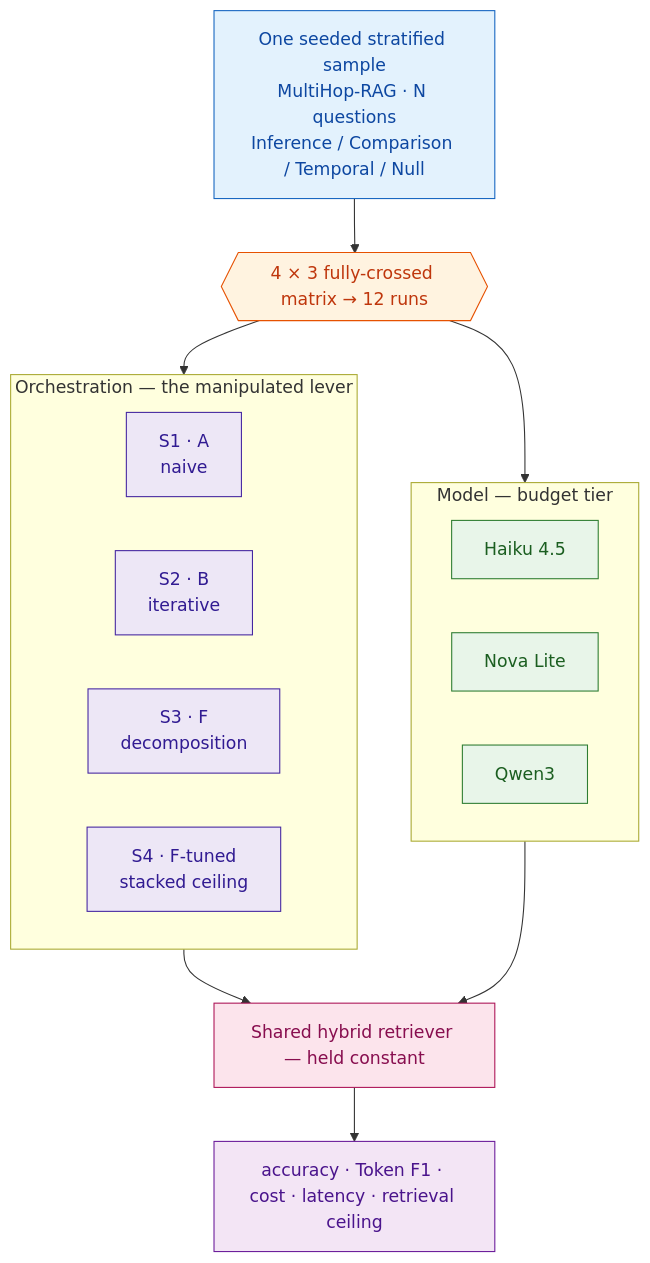
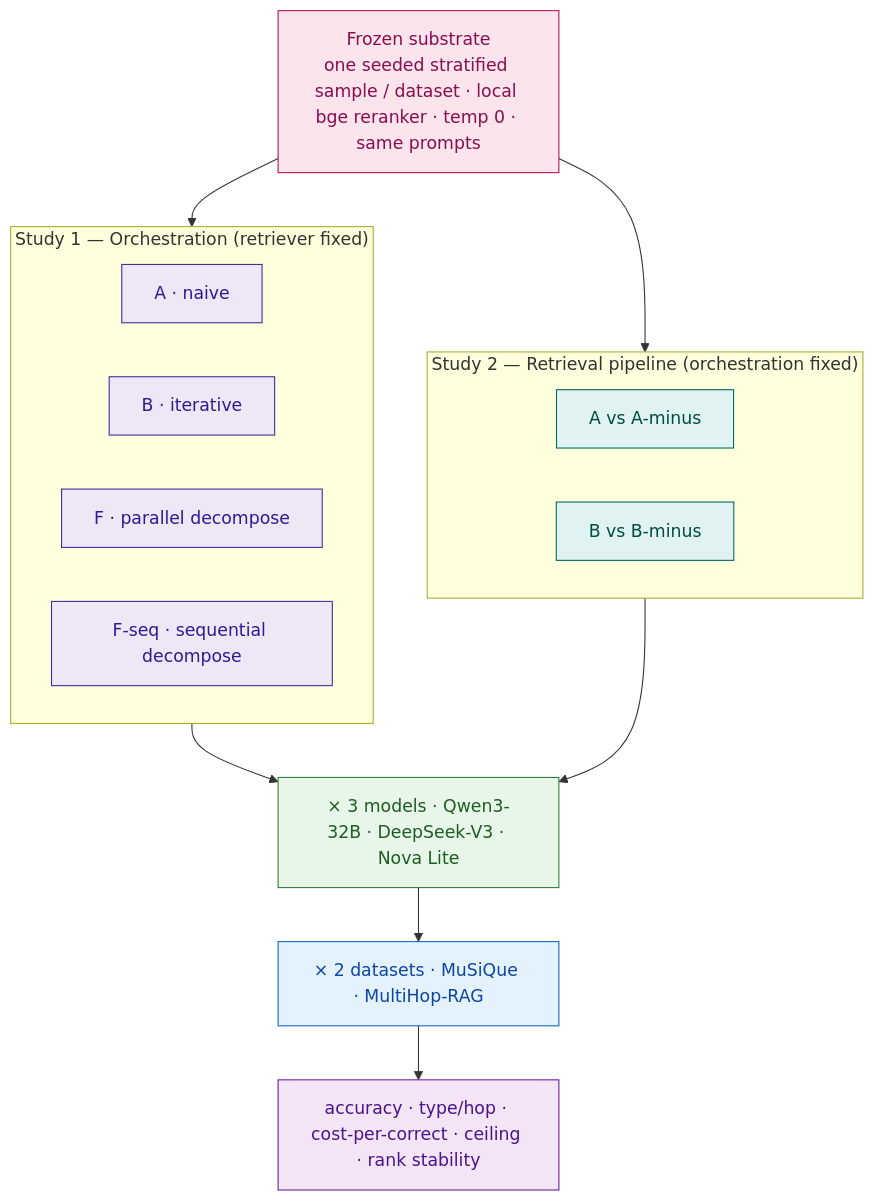
The first of 7 diagrams in thesis/chapter3_methodology.md (rudramansoomirtee-ctrl/rag-benchmark), drawn with Mermaid before and after one commit. The commit also changed other lines of this file, not shown here.

First line of the commit message:
Rewrite Chapter 3 to match the two-study design

````diff
--- a/thesis/chapter3_methodology.md
+++ b/thesis/chapter3_methodology.md
@@ -32,29 +38,28 @@
 ```mermaid
 flowchart TB
-    SAMPLE["One seeded stratified sample<br/>MultiHop-RAG · N questions<br/>Inference / Comparison / Temporal / Null"]:::data
-    SAMPLE --> MATRIX{{"4 × 3 fully-crossed matrix → 12 runs"}}:::hub
-    MATRIX --> ORCH
-    MATRIX --> MODELS
-    subgraph ORCH["Orchestration — the manipulated lever"]
-        direction LR
-        A["S1 · A<br/>naive"]:::sys
-        B["S2 · B<br/>iterative"]:::sys
-        F["S3 · F<br/>decomposition"]:::sys
-        FT["S4 · F-tuned<br/>stacked ceiling"]:::sys
+    SUB["Frozen substrate<br/>one seeded stratified sample / dataset · local bge reranker · temp 0 · same prompts"]:::fixed
+    SUB --> S1
+    SUB --> S2
+    subgraph S1["Study 1 — Orchestration (retriever fixed)"]
+      direction LR
+      A1["A · naive"]:::sys
+      B1["B · iterative"]:::sys
+      F1["F · parallel decompose"]:::sys
+      FS1["F-seq · sequential decompose"]:::sys
     end
-    subgraph MODELS["Model — budget tier"]
-        direction LR
-        H["Haiku 4.5"]:::mdl
-        NL["Nova Lite"]:::mdl
-        QW["Qwen3"]:::mdl
+    subgraph S2["Study 2 — Retrieval pipeline (orchestration fixed)"]
+      direction LR
+      AA["A vs A-minus"]:::sys2
+      BB["B vs B-minus"]:::sys2
     end
-    ORCH --> RET["Shared hybrid retriever — held constant"]:::fixed
-    MODELS --> RET
-    RET --> OUT["accuracy · Token F1 · cost · latency · retrieval ceiling"]:::out
+    S1 --> MOD["× 3 models · Qwen3-32B · DeepSeek-V3 · Nova Lite"]:::mdl
+    S2 --> MOD
+    MOD --> DS["× 2 datasets · MuSiQue · MultiHop-RAG"]:::data
+    DS --> OUT["accuracy · type/hop · cost-per-correct · ceiling · rank stability"]:::out
+    classDef fixed fill:#fce4ec,stroke:#ad1457,color:#880e4f
+    classDef sys fill:#ede7f6,stroke:#4527a0,color:#311b92
+    classDef sys2 fill:#e0f2f1,stroke:#00695c,color:#004d40
+    classDef mdl fill:#e8f5e9,stroke:#2e7d32,color:#1b5e20
     classDef data fill:#e3f2fd,stroke:#1565c0,color:#0d47a1
-    classDef hub fill:#fff3e0,stroke:#e65100,color:#bf360c
-    classDef sys fill:#ede7f6,stroke:#4527a0,color:#311b92
-    classDef mdl fill:#e8f5e9,stroke:#2e7d32,color:#1b5e20
-    classDef fixed fill:#fce4ec,stroke:#ad1457,color:#880e4f
     classDef out fill:#f3e5f5,stroke:#6a1b9a,color:#4a148c
 ```
````
